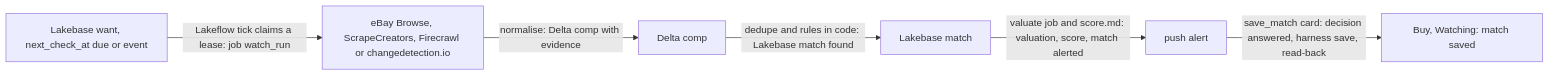
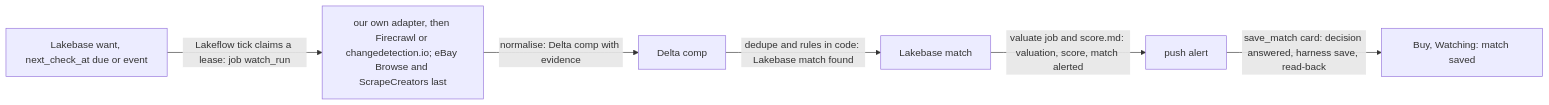
The diagram in spec/features/watch.md (benverhaalen/secondhand), drawn with Mermaid before and after one commit. The commit also changed other lines of this file and 15 other files, not shown here.

Commit message:
docs(spec): our own protocol first across the feature specs and docs; Nate's answers on photos, retouch and 3D written in; new open questions

````diff
--- a/spec/features/watch.md
+++ b/spec/features/watch.md
@@ -65,8 +65,8 @@
 ```mermaid
 flowchart LR
-  W["Lakebase want, next_check_at due or event"] -->|"Lakeflow tick claims a lease: job watch_run"| R["eBay Browse, ScrapeCreators, Firecrawl or changedetection.io"]
+  W["Lakebase want, next_check_at due or event"] -->|"Lakeflow tick claims a lease: job watch_run"| R["our own adapter, then Firecrawl or changedetection.io; eBay Browse and ScrapeCreators last"]
   R -->|"normalise: Delta comp with evidence"| C["Delta comp"]
   C -->|"dedupe and rules in code: Lakebase match found"| M["Lakebase match"]
   M -->|"valuate job and score.md: valuation, score, match alerted"| A["push alert"]
   A -->|"save_match card: decision answered, harness save, read-back"| S["Buy, Watching: match saved"]
 ```
````
